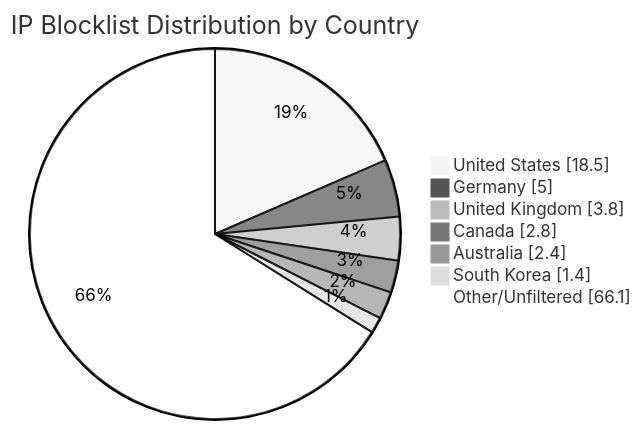
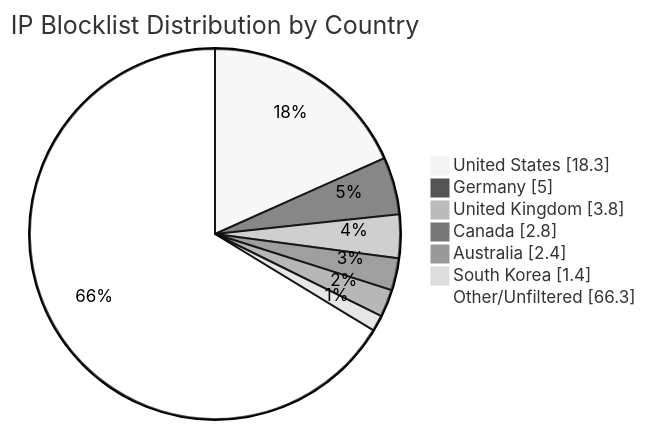
The diagram in README.md (MarcusHoltz/ipblocklist-geofiltered-aggregator), drawn with Mermaid (neutral theme) before and after one commit. The commit also changed other lines of this file and 9 other files, not shown here.

````diff
--- a/README.md
+++ b/README.md
@@ -34,10 +34,10 @@
 ```mermaid
 pie showData title IP Blocklist Distribution by Country
-"United States" : 18.5
+"United States" : 18.3
 "Germany" : 5.0
 "United Kingdom" : 3.8
 "Canada" : 2.8
 "Australia" : 2.4
 "South Korea" : 1.4
-"Other/Unfiltered" : 66.1
+"Other/Unfiltered" : 66.3
 ```
````
